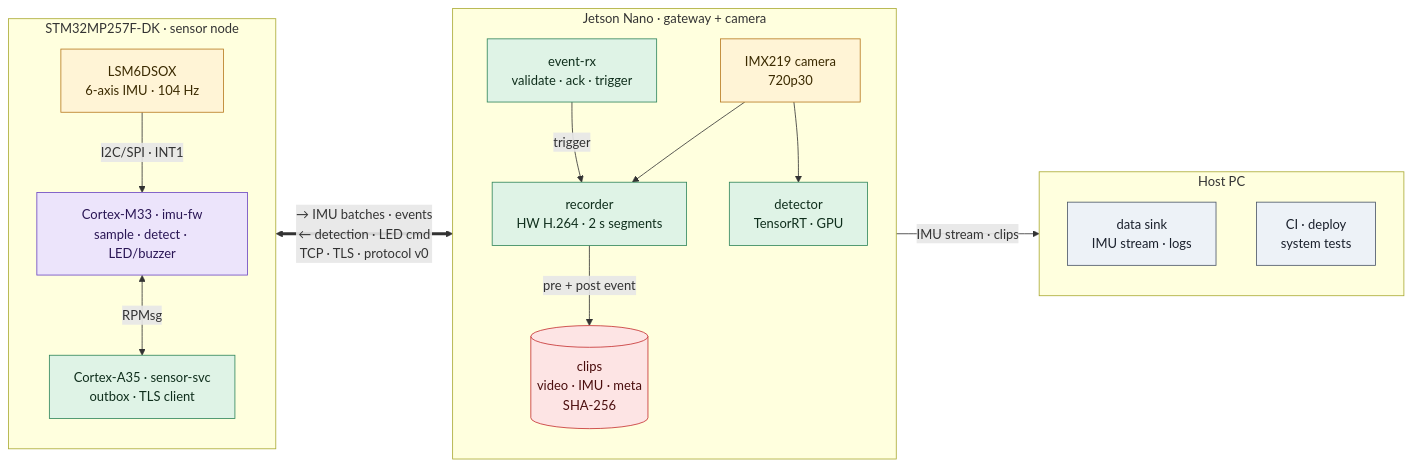
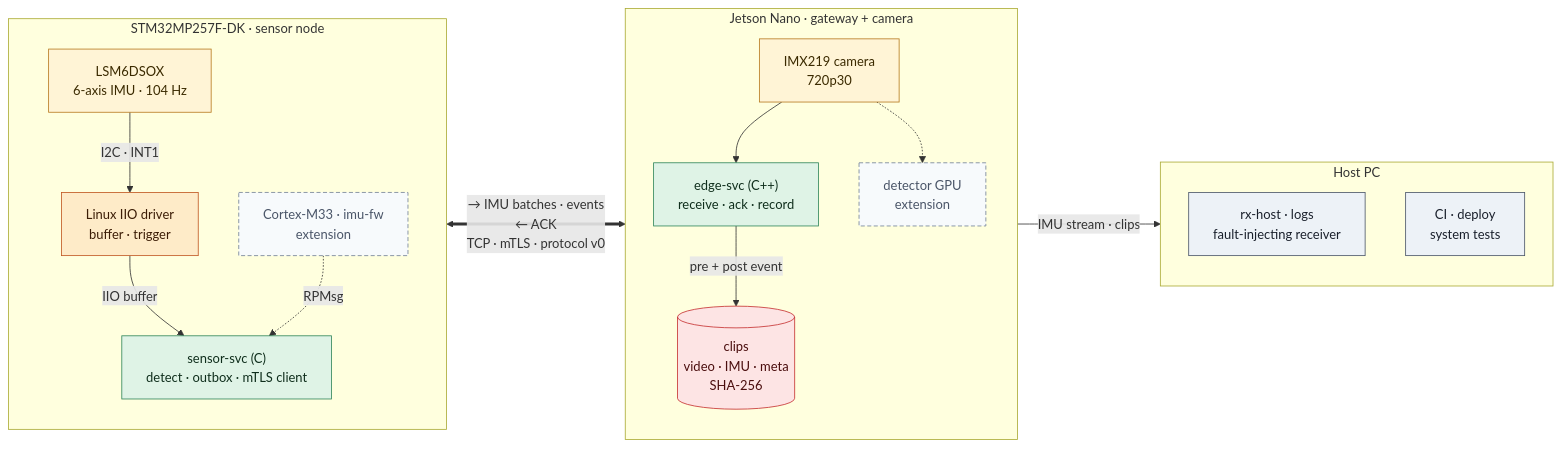
The second of 7 diagrams in projects/stm32mp257f-dk_jetson-nano/README.md (KaithanNguyen/embedded-linux-roadmap), drawn with Mermaid before and after one commit. The commit also changed other lines of this file and 28 other files, not shown here.

````diff
--- a/projects/stm32mp257f-dk_jetson-nano/README.md
+++ b/projects/stm32mp257f-dk_jetson-nano/README.md
@@ -44,40 +79,41 @@
 ```mermaid
 %%{init: {"flowchart": {"curve": "basis"}}}%%
 flowchart LR
   subgraph MP2["STM32MP257F-DK · sensor node"]
     direction TB
     IMU["LSM6DSOX<br/>6-axis IMU · 104 Hz"]:::hw
-    FW["Cortex-M33 · imu-fw<br/>sample · detect · LED/buzzer"]:::fw
-    SVC["Cortex-A35 · sensor-svc<br/>outbox · TLS client"]:::svc
-    IMU -->|"I2C/SPI · INT1"| FW
-    FW <-->|"RPMsg"| SVC
+    DRV["Linux IIO driver<br/>buffer · trigger"]:::kern
+    SVC["sensor-svc (C)<br/>detect · outbox · mTLS client"]:::svc
+    FW["Cortex-M33 · imu-fw<br/>extension"]:::extn
+    IMU -->|"I2C · INT1"| DRV
+    DRV -->|"IIO buffer"| SVC
+    FW -.->|"RPMsg"| SVC
   end
 
   subgraph JN["Jetson Nano · gateway + camera"]
     direction TB
-    RX["event-rx<br/>validate · ack · trigger"]:::svc
+    EDGE["edge-svc (C++)<br/>receive · ack · record"]:::svc
     CAM["IMX219 camera<br/>720p30"]:::hw
-    REC["recorder<br/>HW H.264 · 2 s segments"]:::svc
-    DET["detector<br/>TensorRT · GPU"]:::svc
     CLIPS[("clips<br/>video · IMU · meta<br/>SHA-256")]:::data
-    RX -->|"trigger"| REC
-    CAM --> REC
-    CAM --> DET
-    REC -->|"pre + post event"| CLIPS
+    DET["detector GPU<br/>extension"]:::extn
+    CAM --> EDGE
+    EDGE -->|"pre + post event"| CLIPS
+    CAM -.-> DET
   end
 
   subgraph HOST["Host PC"]
     direction TB
-    SINK["data sink<br/>IMU stream · logs"]:::ext
+    SINK["rx-host · logs<br/>fault-injecting receiver"]:::ext
     CI["CI · deploy<br/>system tests"]:::ext
   end
 
-  MP2 <==>|"→ IMU batches · events<br/>← detection · LED cmd<br/>TCP · TLS · protocol v0"| JN
+  MP2 <==>|"→ IMU batches · events<br/>← ACK<br/>TCP · mTLS · protocol v0"| JN
   JN -->|"IMU stream · clips"| HOST
 
   classDef hw fill:#fff4d6,stroke:#b7791f,color:#3b2a00
-  classDef fw fill:#ece4fb,stroke:#6b46c1,color:#2a1655
+  classDef kern fill:#feebc8,stroke:#c05621,color:#3c1d06
   classDef svc fill:#dff3e6,stroke:#2f855a,color:#0f2e1c
   classDef data fill:#fde4e4,stroke:#c53030,color:#4a0d0d
   classDef ext fill:#edf2f7,stroke:#4a5568,color:#1a202c
+  classDef extn fill:#f7fafc,stroke:#718096,stroke-dasharray:5 3,color:#4a5568
 ```
````
